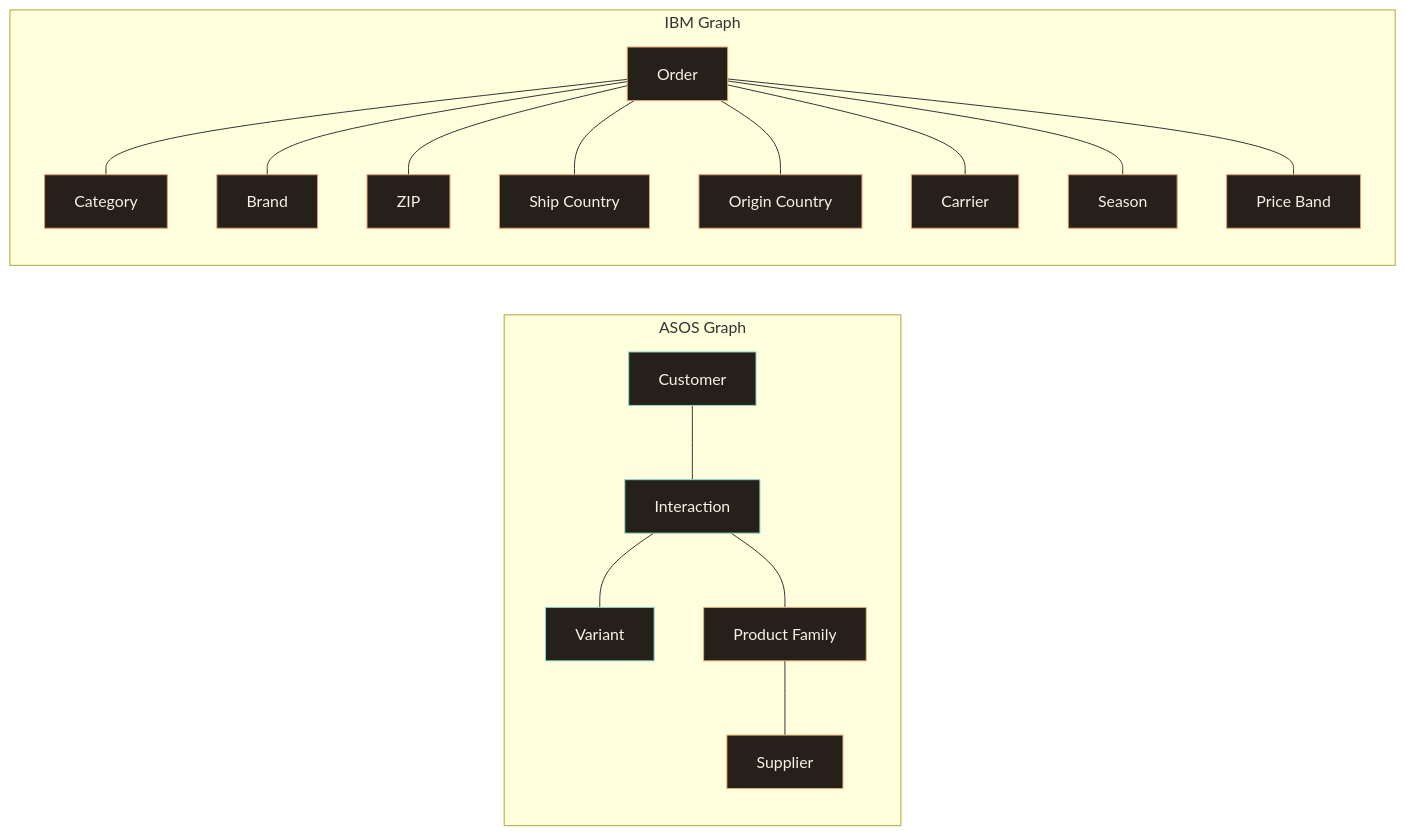
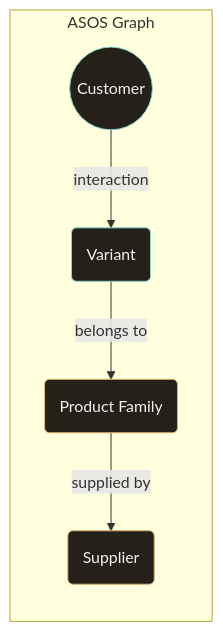
The first of 5 diagrams in docs/ARCHITECTURE.md (aksharagupta082007/risk-manager), drawn with Mermaid before and after one commit. The commit also changed other lines of this file and 2 other files, not shown here.

Commit message:
docs: add system architecture documentation and benchmark analysis, and update README.

````diff
--- a/docs/ARCHITECTURE.md
+++ b/docs/ARCHITECTURE.md
@@ -9,34 +9,13 @@
 ```mermaid
 flowchart LR
     subgraph ASOS["ASOS Graph"]
-        AC["Customer"] --- AI["Interaction"] --- AV["Variant"]
-        AI --- APF["Product Family"]
-        APF --- AS["Supplier"]
+        C1((Customer)) -->|interaction| V1(Variant)
+        V1 -->|belongs to| P1(Product Family)
+        P1 -->|supplied by| S1(Supplier)
     end
 
-    subgraph IBM["IBM Graph"]
-        IO["Order"] --- IC["Category"]
-        IO --- IB["Brand"]
-        IO --- IZ["ZIP"]
-        IO --- ISC["Ship Country"]
-        IO --- IOC["Origin Country"]
-        IO --- ICR["Carrier"]
-        IO --- ISN["Season"]
-        IO --- IPB["Price Band"]
-    end
-
-    style AC fill:#252019,stroke:#8FD6C8,color:#F8F1E7
-    style AI fill:#252019,stroke:#8FD6C8,color:#F8F1E7
-    style AV fill:#252019,stroke:#8FD6C8,color:#F8F1E7
-    style APF fill:#252019,stroke:#E3B16F,color:#F8F1E7
-    style AS fill:#252019,stroke:#E3B16F,color:#F8F1E7
-    style IO fill:#252019,stroke:#E99A6C,color:#F8F1E7
-    style IC fill:#252019,stroke:#E99A6C,color:#F8F1E7
-    style IB fill:#252019,stroke:#E99A6C,color:#F8F1E7
-    style IZ fill:#252019,stroke:#E99A6C,color:#F8F1E7
-    style ISC fill:#252019,stroke:#E99A6C,color:#F8F1E7
-    style IOC fill:#252019,stroke:#E99A6C,color:#F8F1E7
-    style ICR fill:#252019,stroke:#E99A6C,color:#F8F1E7
-    style ISN fill:#252019,stroke:#E99A6C,color:#F8F1E7
-    style IPB fill:#252019,stroke:#E99A6C,color:#F8F1E7
+    style C1 fill:#252019,stroke:#8FD6C8,color:#F8F1E7
+    style V1 fill:#252019,stroke:#8FD6C8,color:#F8F1E7
+    style P1 fill:#252019,stroke:#E3B16F,color:#F8F1E7
+    style S1 fill:#252019,stroke:#E3B16F,color:#F8F1E7
 ```
````
